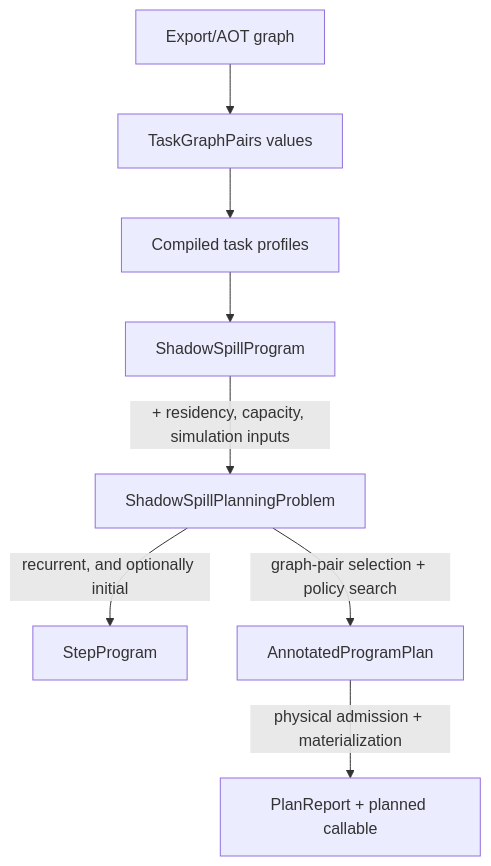
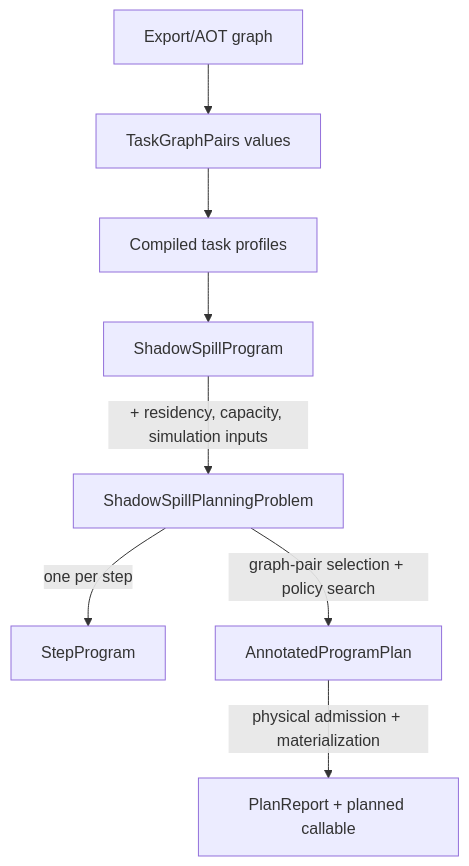
Before and after one commit to als244/shadowspill: the second of 3 diagrams in docs/architecture/overview.md, drawn with Mermaid. The commit also changed other lines of this file and 82 other files, not shown here.

````diff
--- a/docs/architecture/overview.md
+++ b/docs/architecture/overview.md
@@ -129,19 +129,19 @@
 ```mermaid
 flowchart TD
     capture["Export/AOT graph"]
     pairs["TaskGraphPairs values"]
     profile["Compiled task profiles"]
     program["ShadowSpillProgram"]
     inputs["ShadowSpillPlanningProblem"]
     step["StepProgram"]
     annotated["AnnotatedProgramPlan"]
     report["PlanReport + planned callable"]
 
     capture --> pairs
     pairs --> profile
     profile --> program
     program -->|"+ residency, capacity, simulation inputs"| inputs
-    inputs -->|"recurrent, and optionally initial"| step
+    inputs -->|"one per step"| step
     inputs -->|"graph-pair selection + policy search"| annotated
     annotated -->|"physical admission + materialization"| report
 ```
````
